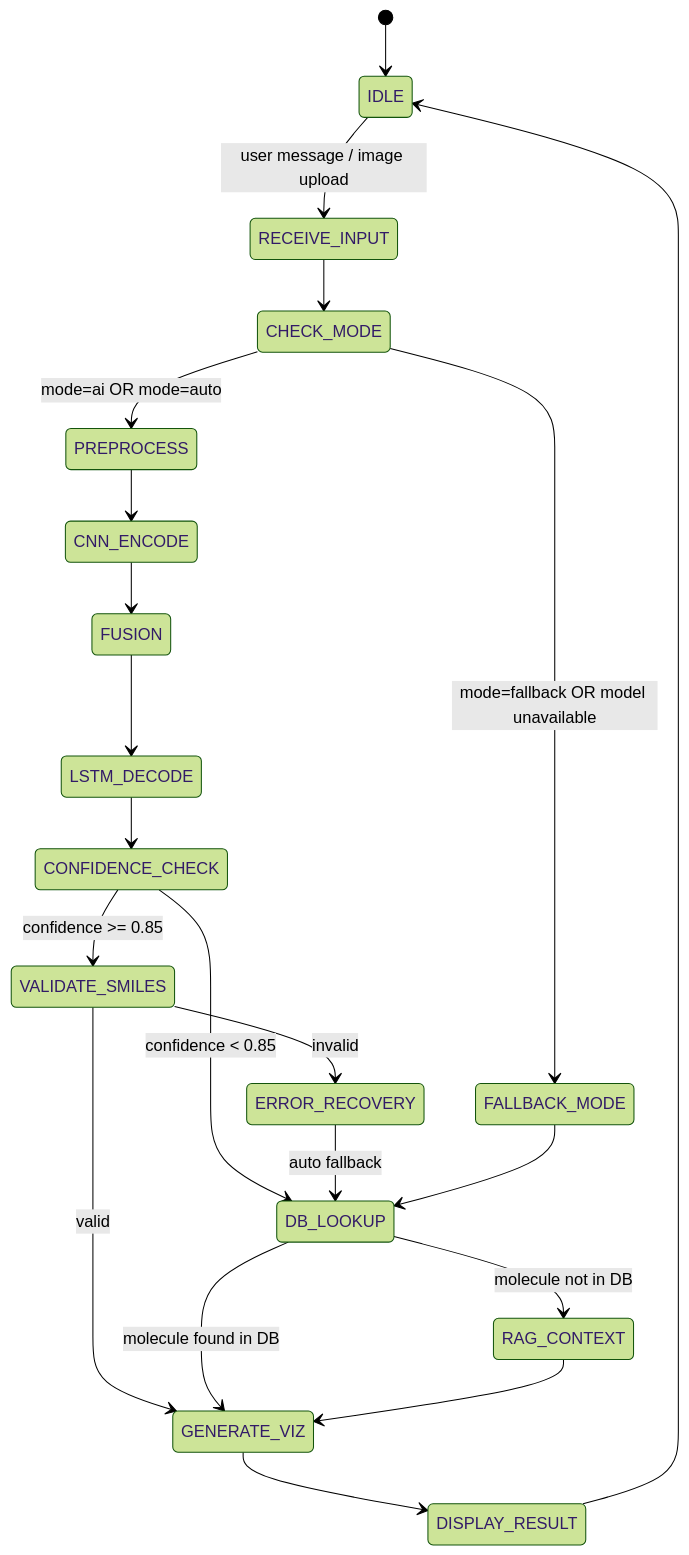
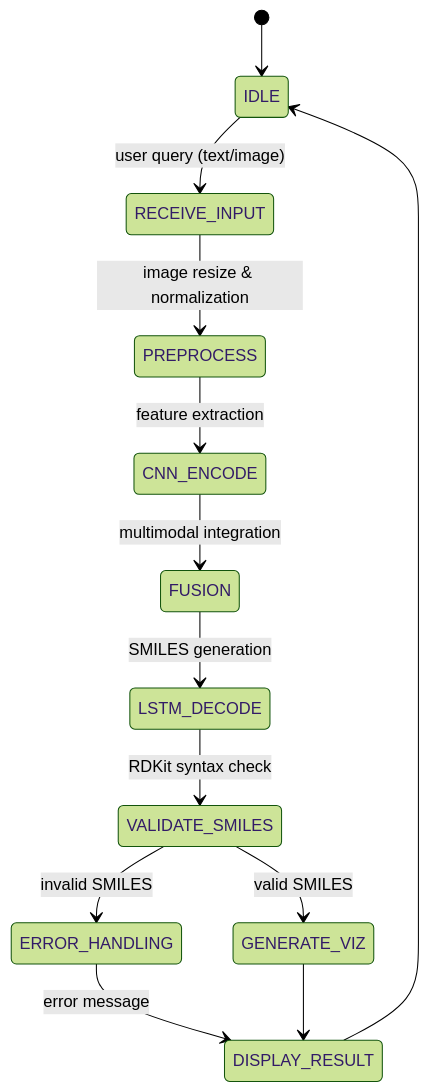
The diagram in docs/state_machine.md (DarkShadow1107/chemnet-vision), drawn with Mermaid (forest theme) before and after one commit. The commit also changed other lines of this file, not shown here.

````diff
--- a/docs/state_machine.md
+++ b/docs/state_machine.md
@@ -7,30 +7,20 @@
 ```mermaid
 stateDiagram-v2
     [*] --> IDLE
 
-    IDLE --> RECEIVE_INPUT: user message / image upload
-    RECEIVE_INPUT --> CHECK_MODE
+    IDLE --> RECEIVE_INPUT: user query (text/image)
+    RECEIVE_INPUT --> PREPROCESS: image resize & normalization
 
-    CHECK_MODE --> FALLBACK_MODE: mode=fallback OR model unavailable
-    CHECK_MODE --> PREPROCESS: mode=ai OR mode=auto
+    PREPROCESS --> CNN_ENCODE: feature extraction
+    CNN_ENCODE --> FUSION: multimodal integration
+    FUSION --> LSTM_DECODE: SMILES generation
 
-    PREPROCESS --> CNN_ENCODE
-    CNN_ENCODE --> FUSION
-    FUSION --> LSTM_DECODE
-    LSTM_DECODE --> CONFIDENCE_CHECK
+    LSTM_DECODE --> VALIDATE_SMILES: RDKit syntax check
 
-    CONFIDENCE_CHECK --> VALIDATE_SMILES: confidence >= 0.85
-    CONFIDENCE_CHECK --> DB_LOOKUP: confidence < 0.85
+    VALIDATE_SMILES --> GENERATE_VIZ: valid SMILES
+    VALIDATE_SMILES --> ERROR_HANDLING: invalid SMILES
 
-    VALIDATE_SMILES --> GENERATE_VIZ: valid
-    VALIDATE_SMILES --> ERROR_RECOVERY: invalid
-
-    ERROR_RECOVERY --> DB_LOOKUP: auto fallback
-    FALLBACK_MODE --> DB_LOOKUP
-    DB_LOOKUP --> RAG_CONTEXT: molecule not in DB
-    DB_LOOKUP --> GENERATE_VIZ: molecule found in DB
-    RAG_CONTEXT --> GENERATE_VIZ
-
+    ERROR_HANDLING --> DISPLAY_RESULT: error message
     GENERATE_VIZ --> DISPLAY_RESULT
     DISPLAY_RESULT --> IDLE
 ```
````
